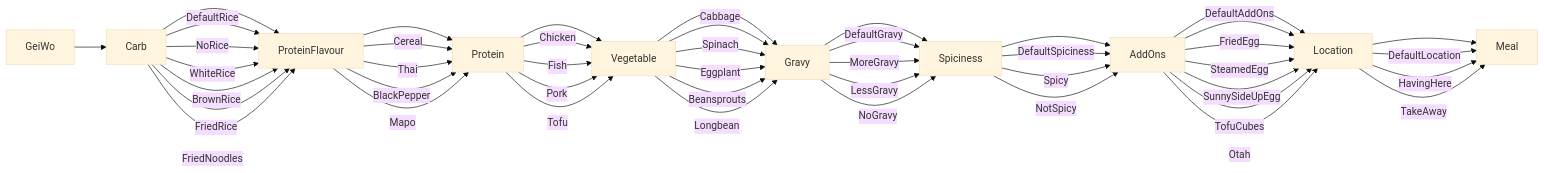
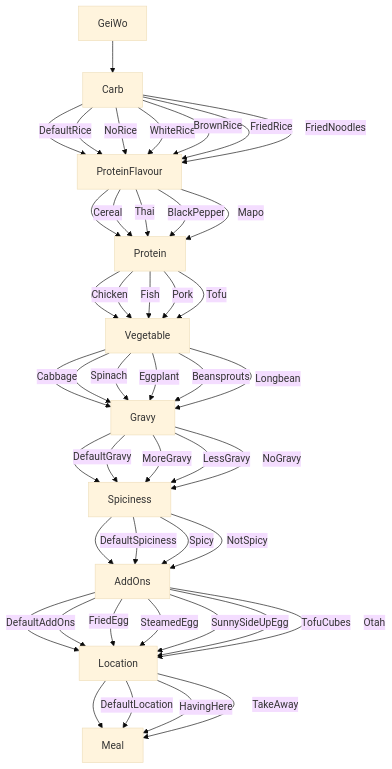
Before and after one commit to gongahkia/poor-cli: the first of 2 diagrams in README.md, drawn with Mermaid (base theme). The commit also changed other lines of this file and 1 other file, not shown here.

````diff
--- a/README.md
+++ b/README.md
@@ -21,55 +21,55 @@
 ```mermaid
-graph LR
+graph TD
     GeiWo --> Carb
     Carb --> ProteinFlavour
     ProteinFlavour --> Protein
     Protein --> Vegetable
     Vegetable --> Gravy
     Gravy --> Spiciness
     Spiciness --> AddOns
     AddOns --> Location
     Location --> Meal
 
     Carb --> |DefaultRice| ProteinFlavour
     Carb --> |NoRice| ProteinFlavour
     Carb --> |WhiteRice| ProteinFlavour
     Carb --> |BrownRice| ProteinFlavour
     Carb --> |FriedRice| ProteinFlavour
     Carb --> |FriedNoodles| ProteinFlavour
 
     ProteinFlavour --> |Cereal| Protein
     ProteinFlavour --> |Thai| Protein
     ProteinFlavour --> |BlackPepper| Protein
     ProteinFlavour --> |Mapo| Protein
 
     Protein --> |Chicken| Vegetable
     Protein --> |Fish| Vegetable
     Protein --> |Pork| Vegetable
     Protein --> |Tofu| Vegetable
 
     Vegetable --> |Cabbage| Gravy
     Vegetable --> |Spinach| Gravy
     Vegetable --> |Eggplant| Gravy
     Vegetable --> |Beansprouts| Gravy
     Vegetable --> |Longbean| Gravy
 
     Gravy --> |DefaultGravy| Spiciness
     Gravy --> |MoreGravy| Spiciness
     Gravy --> |LessGravy| Spiciness
     Gravy --> |NoGravy| Spiciness
 
     Spiciness --> |DefaultSpiciness| AddOns
     Spiciness --> |Spicy| AddOns
     Spiciness --> |NotSpicy| AddOns
 
     AddOns --> |DefaultAddOns| Location
     AddOns --> |FriedEgg| Location
     AddOns --> |SteamedEgg| Location
     AddOns --> |SunnySideUpEgg| Location
     AddOns --> |TofuCubes| Location
     AddOns --> |Otah| Location
 
     Location --> |DefaultLocation| Meal
     Location --> |HavingHere| Meal
     Location --> |TakeAway| Meal
 ```
````
